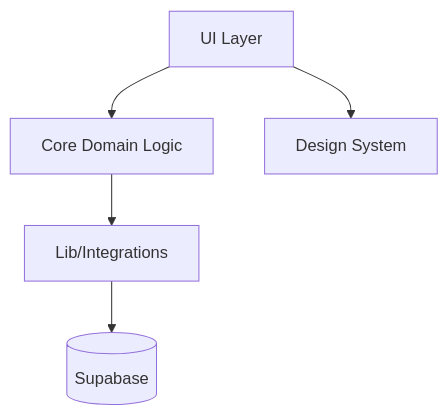
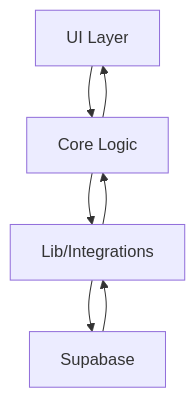
One commit to jaimemacadar/saas-valuation changed the diagram in .context/docs/architecture.md. Above: the diagram before and after it, drawn with Mermaid. The commit also changed other lines of this file and 56 other files, not shown here.

````diff
--- a/.context/docs/architecture.md
+++ b/.context/docs/architecture.md
@@ -64,7 +80,13 @@
 ```mermaid
-graph TD
-	UI[UI Layer] --> Core[Core Domain Logic]
-	Core --> Lib[Lib/Integrations]
-	Lib --> Supabase[(Supabase)]
-	UI --> Styles[Design System]
+flowchart TD
+	UI[UI Layer]
+	CORE[Core Logic]
+	LIB[Lib/Integrations]
+	SUPA[Supabase]
+	UI --> CORE
+	CORE --> LIB
+	LIB --> SUPA
+	SUPA --> LIB
+	LIB --> CORE
+	CORE --> UI
 ```
````
